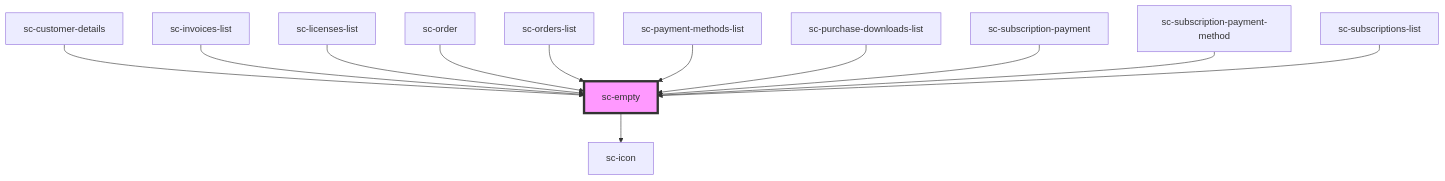
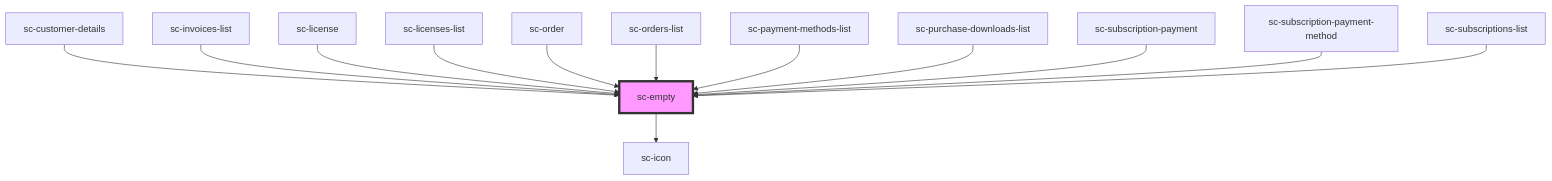
Before and after one commit to surecart/surecart-wp-plugin: the diagram in packages/components/src/components/ui/empty/readme.md, drawn with Mermaid. The commit also changed other lines of this file and 23 other files, not shown here.

````diff
--- a/packages/components/src/components/ui/empty/readme.md
+++ b/packages/components/src/components/ui/empty/readme.md
@@ -43,15 +44,16 @@
 ```mermaid
 graph TD;
   sc-empty --> sc-icon
   sc-customer-details --> sc-empty
   sc-invoices-list --> sc-empty
+  sc-license --> sc-empty
   sc-licenses-list --> sc-empty
   sc-order --> sc-empty
   sc-orders-list --> sc-empty
   sc-payment-methods-list --> sc-empty
   sc-purchase-downloads-list --> sc-empty
   sc-subscription-payment --> sc-empty
   sc-subscription-payment-method --> sc-empty
   sc-subscriptions-list --> sc-empty
   style sc-empty fill:#f9f,stroke:#333,stroke-width:4px
 ```
````
